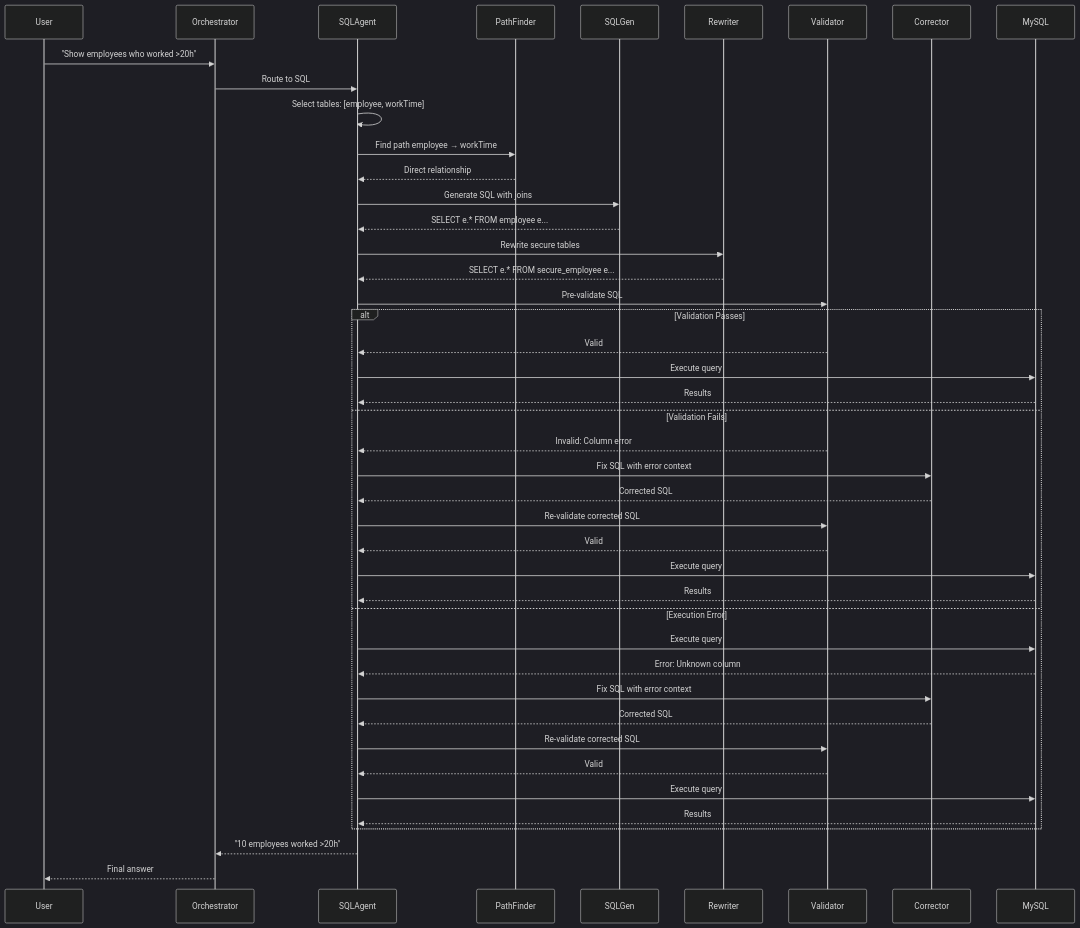
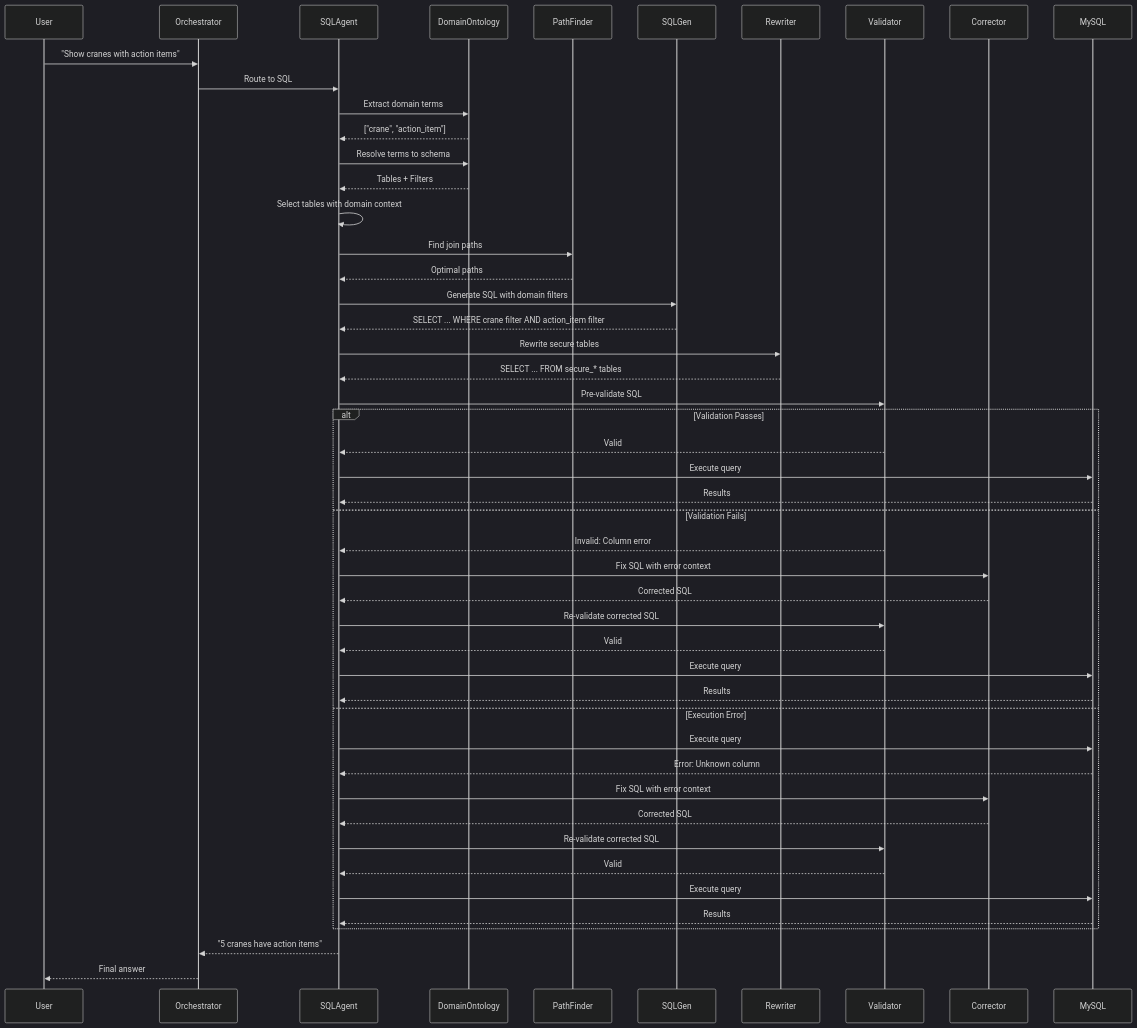
Diagram 12 of 16 in docs/ARCHITECTURE.md (sandinosaso/advanced-ai-agent), drawn with Mermaid (dark theme) before and after one commit. The commit also changed other lines of this file and 7 other files, not shown here.

````diff
--- a/docs/ARCHITECTURE.md
+++ b/docs/ARCHITECTURE.md
@@ -544,49 +793,54 @@
 ```mermaid
 sequenceDiagram
     participant User
     participant Orchestrator
     participant SQLAgent
+    participant DomainOntology
     participant PathFinder
     participant SQLGen
     participant Rewriter
     participant Validator
     participant Corrector
     participant MySQL
     
-    User->>Orchestrator: "Show employees who worked >20h"
+    User->>Orchestrator: "Show cranes with action items"
     Orchestrator->>SQLAgent: Route to SQL
-    SQLAgent->>SQLAgent: Select tables: [employee, workTime]
-    SQLAgent->>PathFinder: Find path employee → workTime
-    PathFinder-->>SQLAgent: Direct relationship
-    SQLAgent->>SQLGen: Generate SQL with joins
-    SQLGen-->>SQLAgent: SELECT e.* FROM employee e...
+    SQLAgent->>DomainOntology: Extract domain terms
+    DomainOntology-->>SQLAgent: ["crane", "action_item"]
+    SQLAgent->>DomainOntology: Resolve terms to schema
+    DomainOntology-->>SQLAgent: Tables + Filters
+    SQLAgent->>SQLAgent: Select tables with domain context
+    SQLAgent->>PathFinder: Find join paths
+    PathFinder-->>SQLAgent: Optimal paths
+    SQLAgent->>SQLGen: Generate SQL with domain filters
+    SQLGen-->>SQLAgent: SELECT ... WHERE crane filter AND action_item filter
     SQLAgent->>Rewriter: Rewrite secure tables
-    Rewriter-->>SQLAgent: SELECT e.* FROM secure_employee e...
+    Rewriter-->>SQLAgent: SELECT ... FROM secure_* tables
     SQLAgent->>Validator: Pre-validate SQL
     
     alt Validation Passes
         Validator-->>SQLAgent: Valid
         SQLAgent->>MySQL: Execute query
         MySQL-->>SQLAgent: Results
     else Validation Fails
         Validator-->>SQLAgent: Invalid: Column error
         SQLAgent->>Corrector: Fix SQL with error context
         Corrector-->>SQLAgent: Corrected SQL
         SQLAgent->>Validator: Re-validate corrected SQL
         Validator-->>SQLAgent: Valid
         SQLAgent->>MySQL: Execute query
         MySQL-->>SQLAgent: Results
     else Execution Error
         SQLAgent->>MySQL: Execute query
         MySQL-->>SQLAgent: Error: Unknown column
         SQLAgent->>Corrector: Fix SQL with error context
         Corrector-->>SQLAgent: Corrected SQL
         SQLAgent->>Validator: Re-validate corrected SQL
         Validator-->>SQLAgent: Valid
         SQLAgent->>MySQL: Execute query
         MySQL-->>SQLAgent: Results
     end
     
-    SQLAgent-->>Orchestrator: "10 employees worked >20h"
+    SQLAgent-->>Orchestrator: "5 cranes have action items"
     Orchestrator-->>User: Final answer
 ```
````
